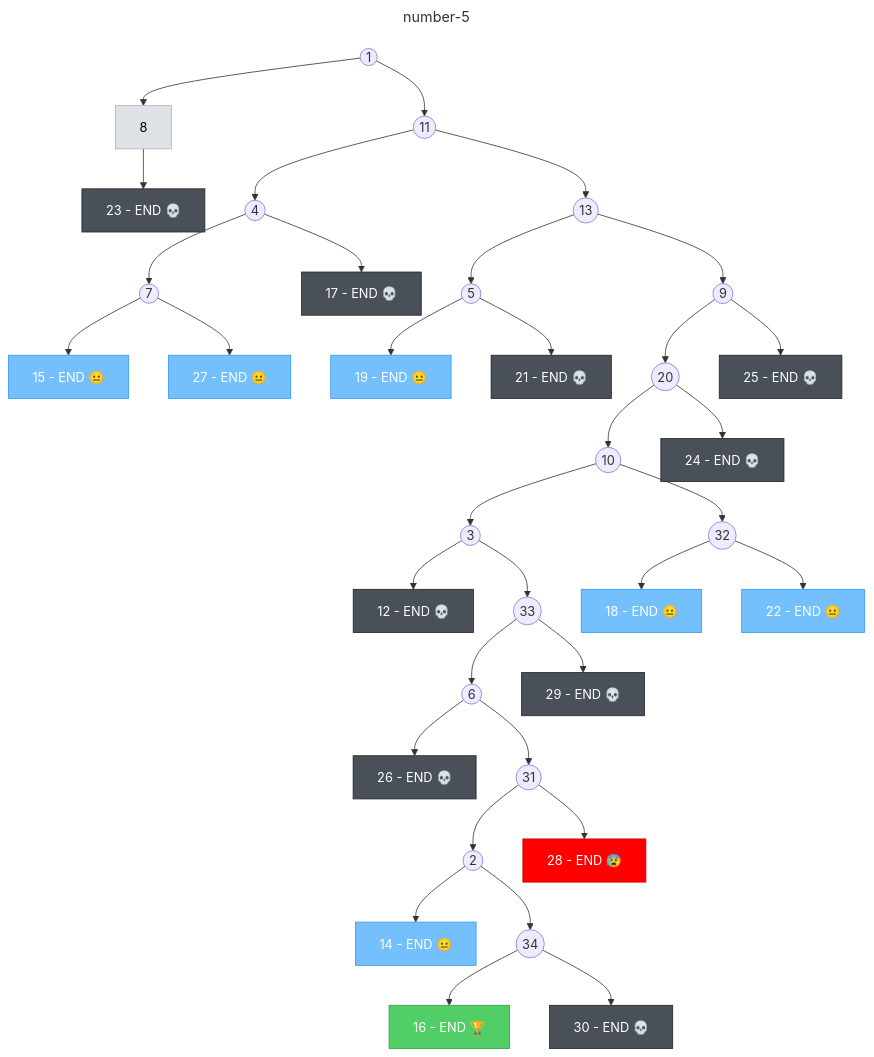
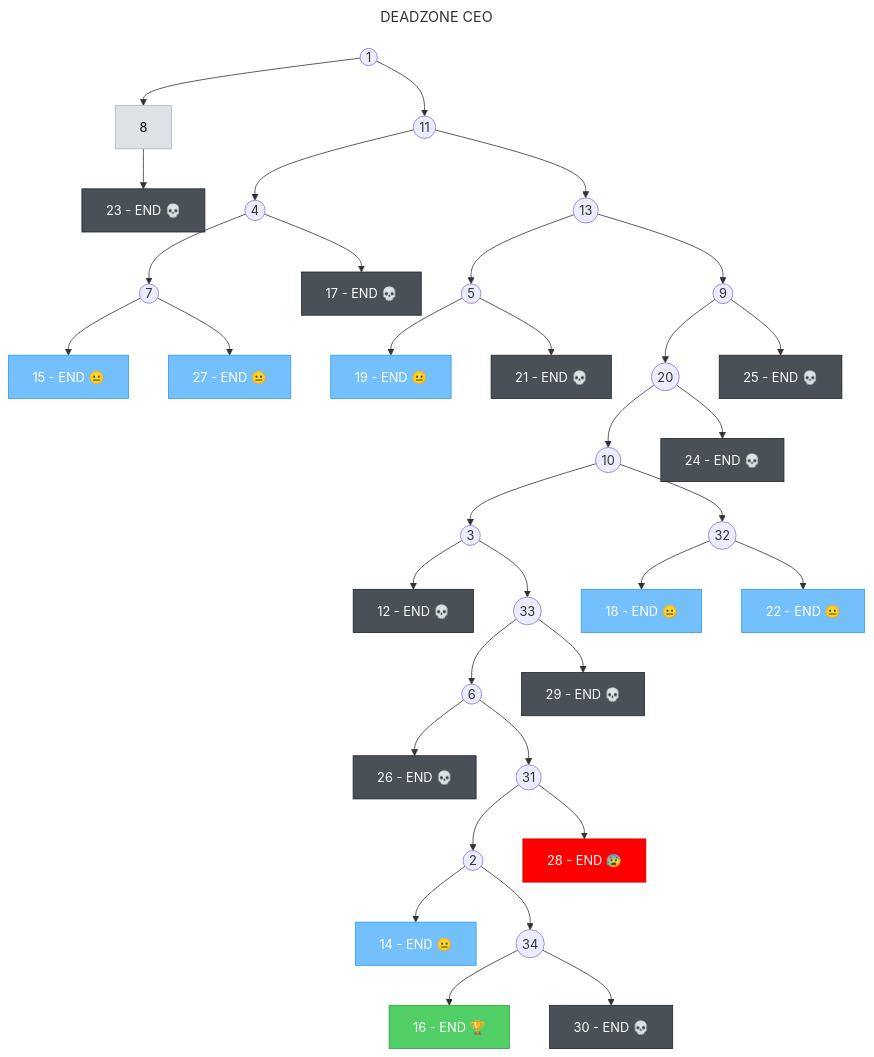
Before and after one commit to nicodevs/can-claude-code-write-a-good-choose-your-own-adventure-book: the diagram in number-5/output/structure.mmd, drawn with Mermaid. The commit also changed 3 other files, not shown here.

Commit message:
Show book title in Mermaid files

```diff
--- a/number-5/output/structure.mmd
+++ b/number-5/output/structure.mmd
@@ -1,83 +1,83 @@
 ---
-title: number-5
+title: DEADZONE CEO
 ---
 flowchart TD
     1((1))
     2((2))
     3((3))
     4((4))
     5((5))
     6((6))
     7((7))
     8[8]:::transition
     9((9))
     10((10))
     11((11))
     12[12 - END 💀]:::death
     13((13))
     14[14 - END 😐]:::neutral
     15[15 - END 😐]:::neutral
     16[16 - END 🏆]:::good
     17[17 - END 💀]:::death
     18[18 - END 😐]:::neutral
     19[19 - END 😐]:::neutral
     20((20))
     21[21 - END 💀]:::death
     22[22 - END 😐]:::neutral
     23[23 - END 💀]:::death
     24[24 - END 💀]:::death
     25[25 - END 💀]:::death
     26[26 - END 💀]:::death
     27[27 - END 😐]:::neutral
     28[28 - END 😰]:::bad
     29[29 - END 💀]:::death
     30[30 - END 💀]:::death
     31((31))
     32((32))
     33((33))
     34((34))
     1 --> 8
     1 --> 11
     2 --> 14
     2 --> 34
     3 --> 12
     3 --> 33
     4 --> 7
     4 --> 17
     5 --> 19
     5 --> 21
     6 --> 26
     6 --> 31
     7 --> 15
     7 --> 27
     8 --> 23
     9 --> 20
     9 --> 25
     10 --> 3
     10 --> 32
     11 --> 4
     11 --> 13
     13 --> 5
     13 --> 9
     20 --> 10
     20 --> 24
     31 --> 2
     31 --> 28
     32 --> 18
     32 --> 22
     33 --> 6
     33 --> 29
     34 --> 16
     34 --> 30
 
     classDef ending fill:#ff6b6b,stroke:#c92a2a,color:#fff
     classDef death fill:#495057,stroke:#212529,color:#fff
     classDef good fill:#51cf66,stroke:#2f9e44,color:#fff
     classDef bad fill:#ff0000,stroke:#cc0000,color:#fff
     classDef neutral fill:#74c0fc,stroke:#339af0,color:#fff
     classDef orphan fill:#ffd43b,stroke:#fab005,color:#000
     classDef convergent fill:#9775fa,stroke:#7048e8,color:#fff
     classDef convergent_end fill:#e599f7,stroke:#be4bdb,color:#000
     classDef transition fill:#dee2e6,stroke:#adb5bd,color:#000
 
     %% 34 pages, 33 edges, 17 endings, 0 orphaned, 0 convergent
```
